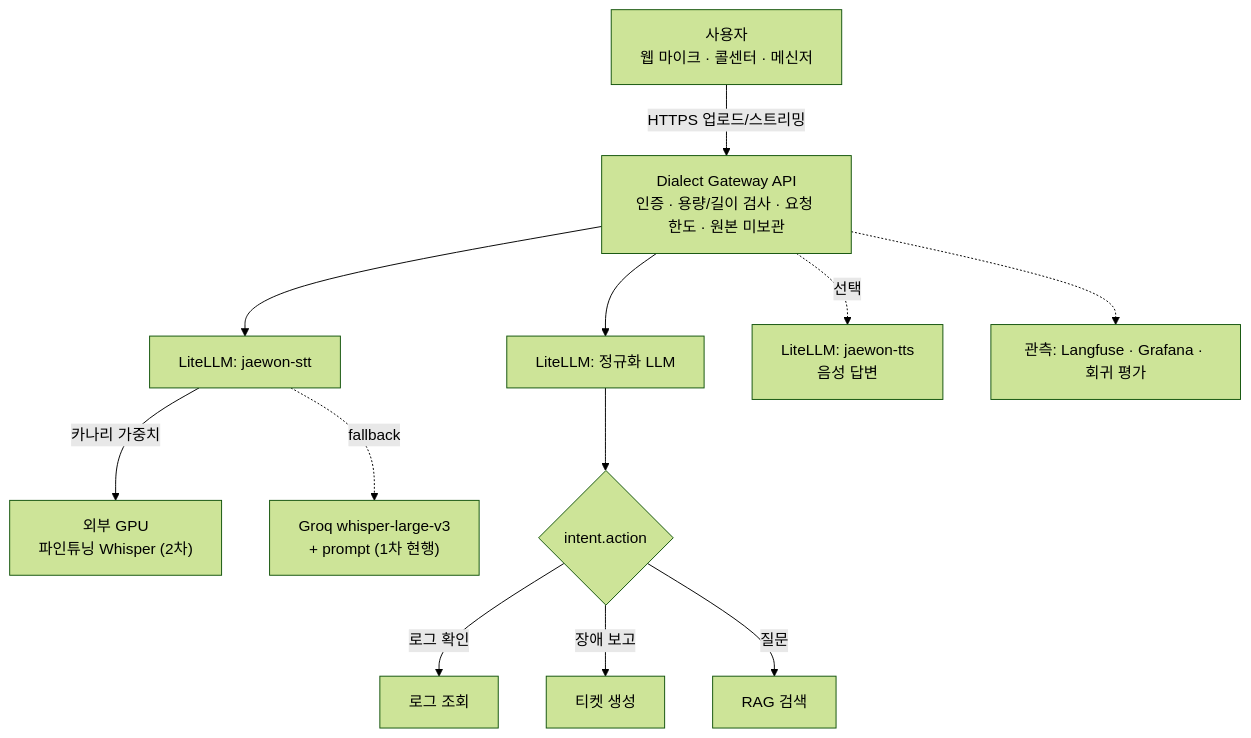
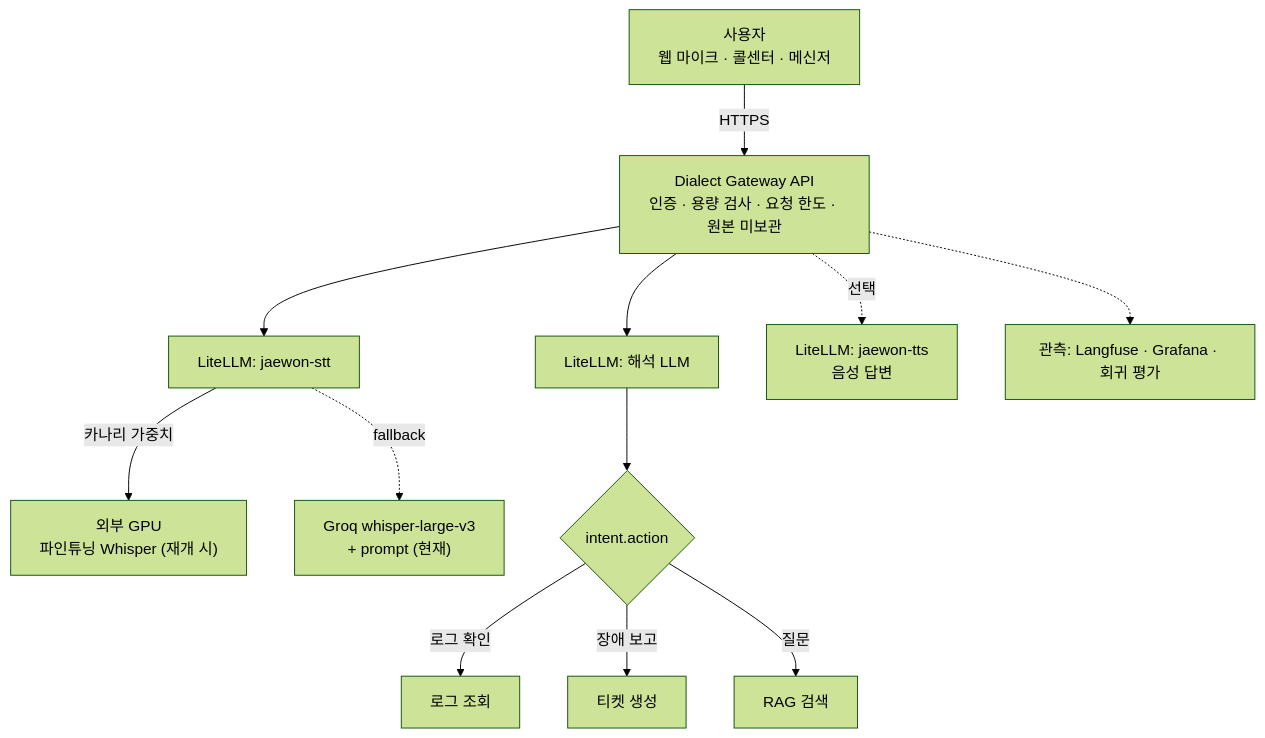
Before and after one commit to david365-lee/korean-dialect-stt: the fourth of 4 diagrams in README.md, drawn with Mermaid (forest theme). The commit also changed other lines of this file and 5 other files, not shown here.

````diff
--- a/README.md
+++ b/README.md
@@ -356,14 +337,14 @@
 ```mermaid
 flowchart TB
-    C["사용자<br/>웹 마이크 · 콜센터 · 메신저"] -->|HTTPS 업로드/스트리밍| G["Dialect Gateway API<br/>인증 · 용량/길이 검사 · 요청 한도 · 원본 미보관"]
+    C["사용자<br/>웹 마이크 · 콜센터 · 메신저"] -->|HTTPS| G["Dialect Gateway API<br/>인증 · 용량 검사 · 요청 한도 · 원본 미보관"]
     G --> L1["LiteLLM: jaewon-stt"]
-    L1 -->|카나리 가중치| F["외부 GPU<br/>파인튜닝 Whisper (2차)"]
-    L1 -.fallback.-> Q["Groq whisper-large-v3<br/>+ prompt (1차 현행)"]
-    G --> L2["LiteLLM: 정규화 LLM"]
+    L1 -->|카나리 가중치| F["외부 GPU<br/>파인튜닝 Whisper (재개 시)"]
+    L1 -.fallback.-> Q["Groq whisper-large-v3<br/>+ prompt (현재)"]
+    G --> L2["LiteLLM: 해석 LLM"]
     L2 --> R{"intent.action"}
     R -->|로그 확인| K["로그 조회"]
     R -->|장애 보고| T["티켓 생성"]
     R -->|질문| A["RAG 검색"]
     G -.선택.-> L3["LiteLLM: jaewon-tts<br/>음성 답변"]
     G -.-> O["관측: Langfuse · Grafana · 회귀 평가"]
 ```
````
